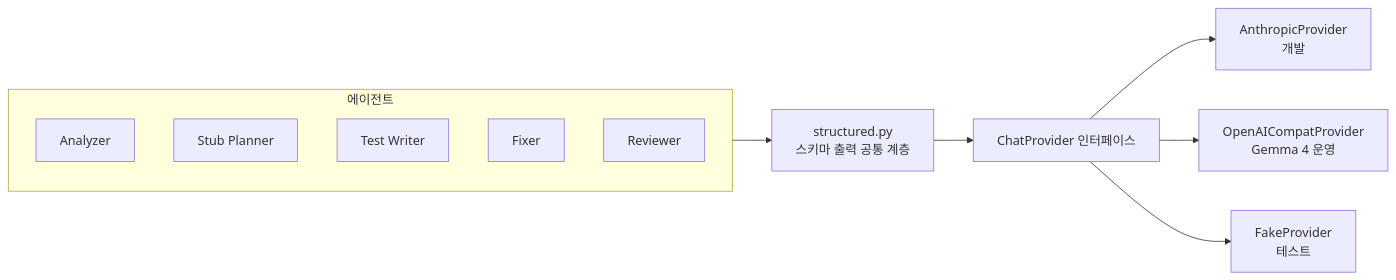
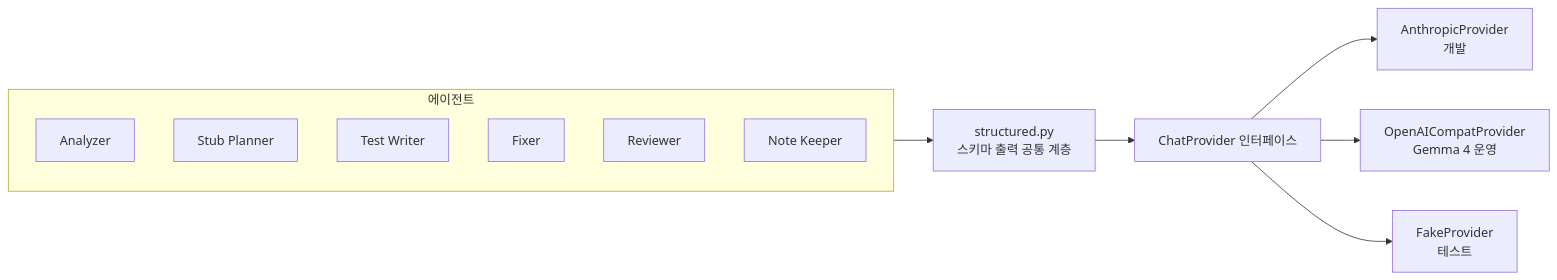
Before and after one commit to haangman/GenUT: the second of 3 diagrams in docs/design.md, drawn with Mermaid. The commit also changed other lines of this file and 1 other file, not shown here.

````diff
--- a/docs/design.md
+++ b/docs/design.md
@@ -703,11 +774,11 @@
 ```mermaid
 flowchart LR
     subgraph 에이전트
-        A[Analyzer] & B[Stub Planner] & C[Test Writer] & D[Fixer] & E[Reviewer]
+        A[Analyzer] & B[Stub Planner] & C[Test Writer] & D[Fixer] & E[Reviewer] & N[Note Keeper]
     end
     에이전트 --> S[structured.py<br/>스키마 출력 공통 계층]
     S --> P[ChatProvider 인터페이스]
     P --> P1[AnthropicProvider<br/>개발]
     P --> P2[OpenAICompatProvider<br/>Gemma 4 운영]
     P --> P3[FakeProvider<br/>테스트]
 ```
````
